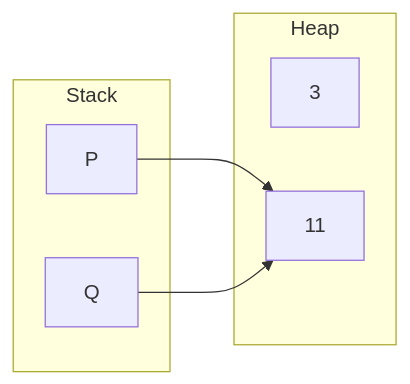
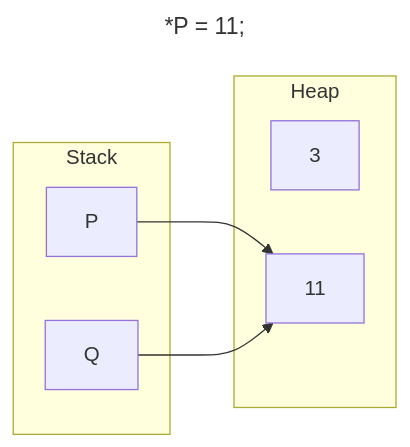
Before and after one commit to TeenBiscuits/Pro2324: the seventh of 9 diagrams in docs/topics/03-Apuntes/Pro-2/Tema-2.md, drawn with Mermaid. The commit also changed other lines of this file, not shown here.

````diff
--- a/docs/topics/03-Apuntes/Pro-2/Tema-2.md
+++ b/docs/topics/03-Apuntes/Pro-2/Tema-2.md
@@ -239,14 +251,17 @@
 ```mermaid
+---
+title: "*P = 11;"
+---
 flowchart LR
     subgraph Stack
         P
         Q
     end
     subgraph Heap
         3
         11
     end
 
     P --> 11
     Q --> 11
 ```
````
